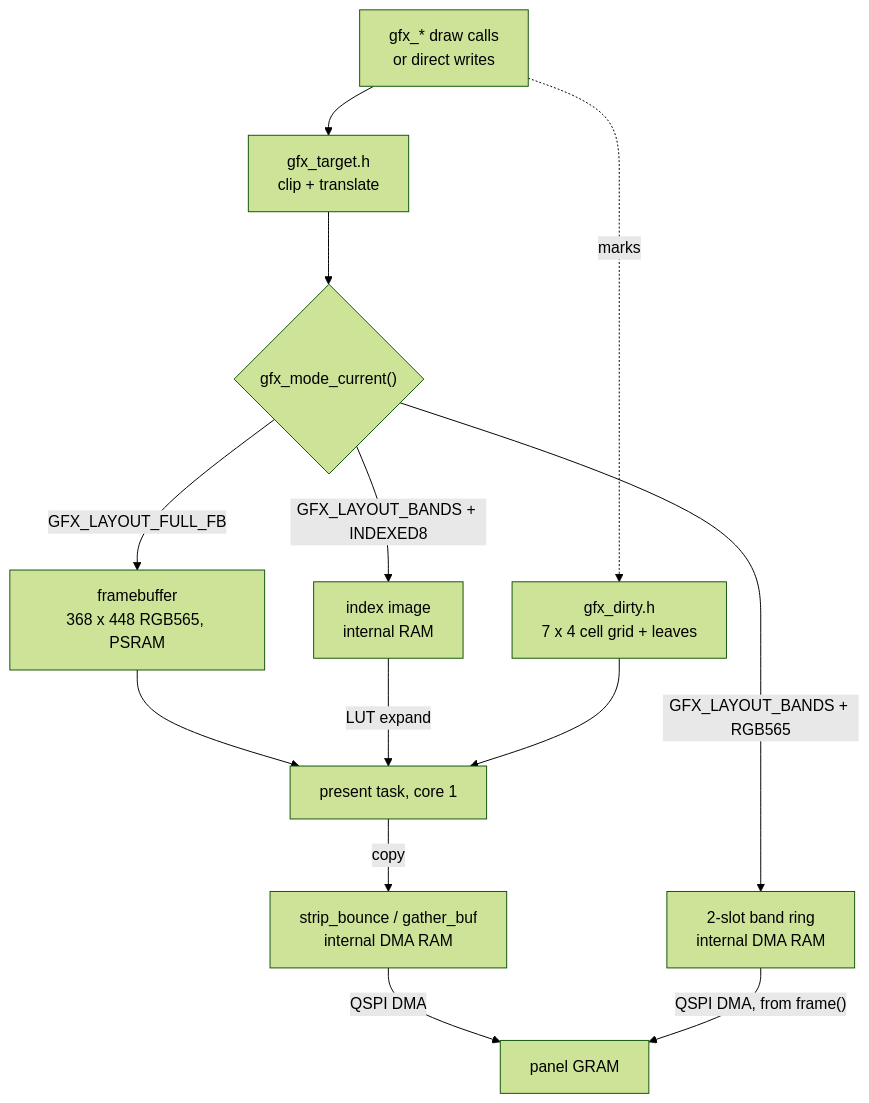
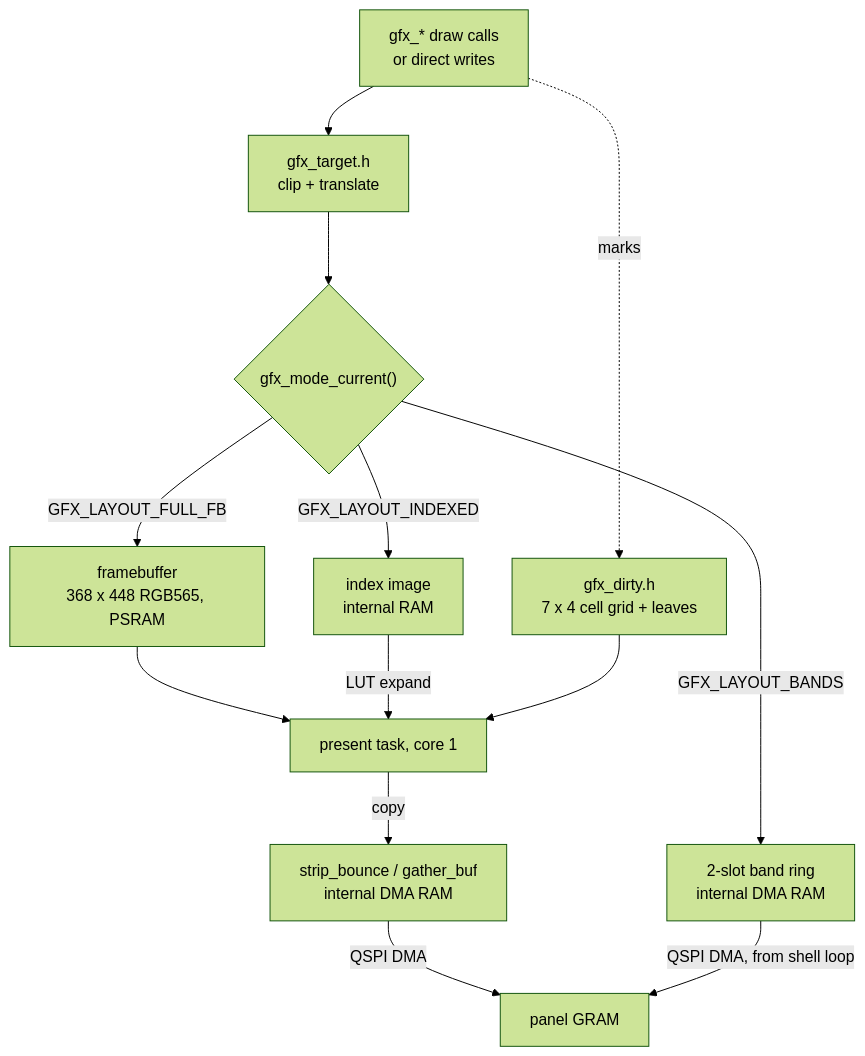
The first of 4 diagrams in docs/Gfx-and-Presentation.md (jose-villegas/autana), drawn with Mermaid (forest theme) before and after one commit. The commit also changed other lines of this file and 35 other files, not shown here.

First line of the commit message:
gfx: gfx owns band sends; apps give a persistent or transient picture (#453)

````diff
--- a/docs/Gfx-and-Presentation.md
+++ b/docs/Gfx-and-Presentation.md
@@ -18,15 +18,15 @@
 ```mermaid
 flowchart TB
     DRAW["gfx_* draw calls<br/>or direct writes"] --> TGT["gfx_target.h<br/>clip + translate"]
     TGT --> SEL{"gfx_mode_current()"}
     SEL -->|"GFX_LAYOUT_FULL_FB"| FB["framebuffer<br/>368 x 448 RGB565, PSRAM"]
-    SEL -->|"GFX_LAYOUT_BANDS + RGB565"| BR["2-slot band ring<br/>internal DMA RAM"]
-    SEL -->|"GFX_LAYOUT_BANDS + INDEXED8"| IX["index image<br/>internal RAM"]
+    SEL -->|"GFX_LAYOUT_BANDS"| BR["2-slot band ring<br/>internal DMA RAM"]
+    SEL -->|"GFX_LAYOUT_INDEXED"| IX["index image<br/>internal RAM"]
     DRAW -.->|"marks"| DT["gfx_dirty.h<br/>7 x 4 cell grid + leaves"]
     FB --> PT["present task, core 1"]
     IX -->|"LUT expand"| PT
     DT --> PT
     PT -->|"copy"| BNC["strip_bounce / gather_buf<br/>internal DMA RAM"]
     BNC -->|"QSPI DMA"| PANEL["panel GRAM"]
-    BR -->|"QSPI DMA, from frame()"| PANEL
+    BR -->|"QSPI DMA, from shell loop"| PANEL
 ```
````
